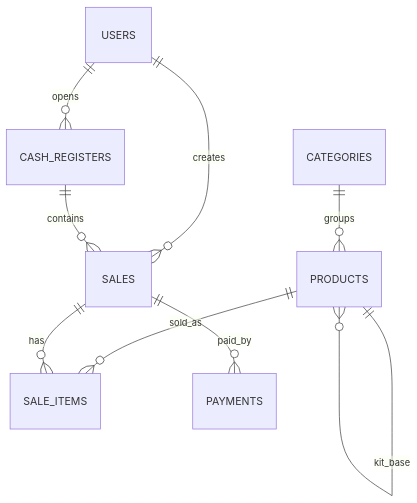
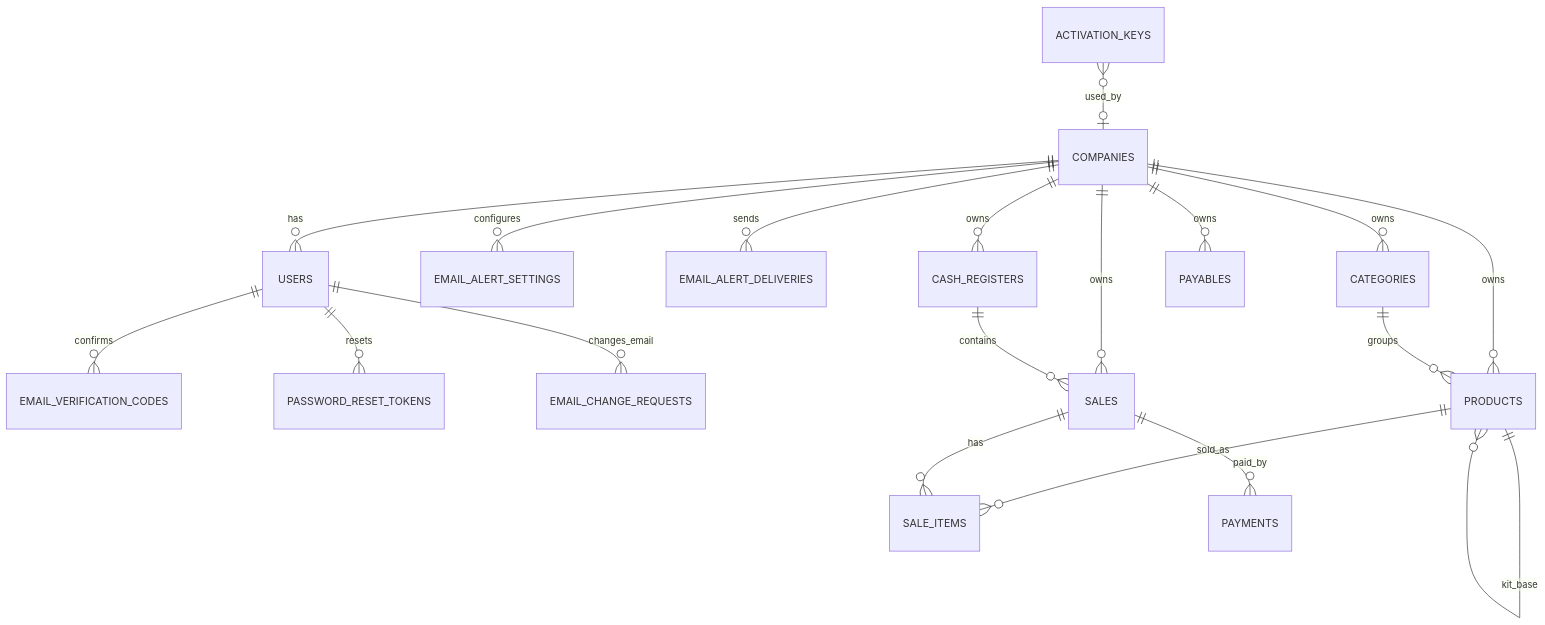
The diagram in docs/04-modelagem-banco.md (RafaelBG7/pdv2026), drawn with Mermaid before and after one commit. The commit also changed other lines of this file and 82 other files, not shown here.

````diff
--- a/docs/04-modelagem-banco.md
+++ b/docs/04-modelagem-banco.md
@@ -14,11 +20,21 @@
 ```mermaid
 erDiagram
-    USERS ||--o{ CASH_REGISTERS : opens
-    USERS ||--o{ SALES : creates
+    COMPANIES ||--o{ USERS : has
+    ACTIVATION_KEYS }o--o| COMPANIES : used_by
+    USERS ||--o{ EMAIL_VERIFICATION_CODES : confirms
+    USERS ||--o{ PASSWORD_RESET_TOKENS : resets
+    USERS ||--o{ EMAIL_CHANGE_REQUESTS : changes_email
+    COMPANIES ||--o{ EMAIL_ALERT_SETTINGS : configures
+    COMPANIES ||--o{ EMAIL_ALERT_DELIVERIES : sends
+    COMPANIES ||--o{ CATEGORIES : owns
+    COMPANIES ||--o{ PRODUCTS : owns
+    COMPANIES ||--o{ CASH_REGISTERS : owns
+    COMPANIES ||--o{ SALES : owns
+    COMPANIES ||--o{ PAYABLES : owns
     CATEGORIES ||--o{ PRODUCTS : groups
     PRODUCTS ||--o{ SALE_ITEMS : sold_as
     PRODUCTS ||--o{ PRODUCTS : kit_base
     CASH_REGISTERS ||--o{ SALES : contains
     SALES ||--o{ SALE_ITEMS : has
     SALES ||--o{ PAYMENTS : paid_by
 ```
````
